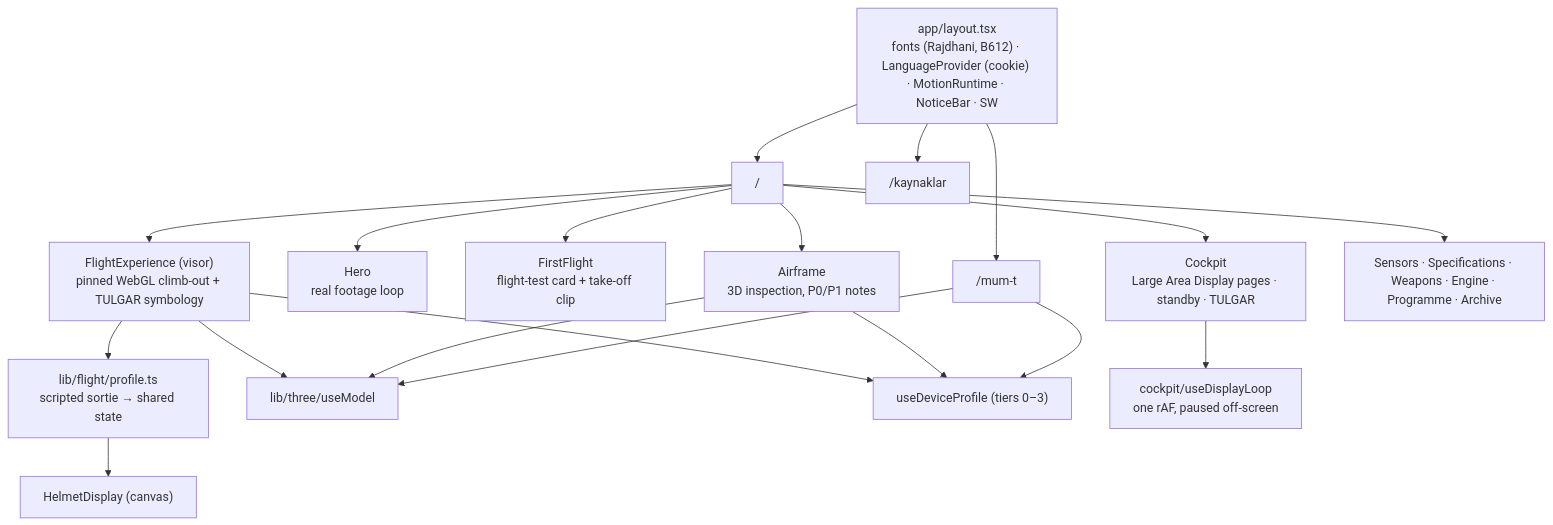
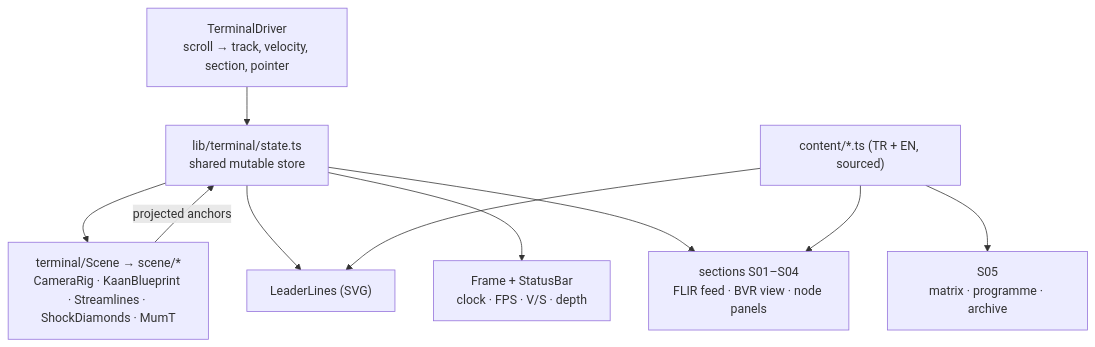
Before and after one commit to SpaceEngineerSS/kaan-3d-web-experience: the diagram in docs/architecture.md, drawn with Mermaid. The commit also changed other lines of this file and 89 other files, not shown here.

First line of the commit message:
feat: v4.0.0 flight-test telemetry terminal

````diff
--- a/docs/architecture.md
+++ b/docs/architecture.md
@@ -5,18 +5,10 @@
 ```mermaid
 flowchart TD
-    L["app/layout.tsx<br/>fonts (Rajdhani, B612) · LanguageProvider (cookie) · MotionRuntime · NoticeBar · SW"]
-    L --> H["/"] & M["/mum-t"] & K["/kaynaklar"]
-
-    H --> HE["Hero<br/>real footage loop"]
-    H --> FF["FirstFlight<br/>flight-test card + take-off clip"]
-    H --> VI["FlightExperience (visor)<br/>pinned WebGL climb-out + TULGAR symbology"]
-    H --> AF["Airframe<br/>3D inspection, P0/P1 notes"]
-    H --> CO["Cockpit<br/>Large Area Display pages · standby · TULGAR"]
-    H --> REST["Sensors · Specifications · Weapons · Engine · Programme · Archive"]
-
-    VI --> FP["lib/flight/profile.ts<br/>scripted sortie → shared state"]
-    FP --> HMD["HelmetDisplay (canvas)"]
-    VI & AF & M --> UM["lib/three/useModel"]
-    VI & AF & M --> DP["useDeviceProfile (tiers 0–3)"]
-    CO --> DL["cockpit/useDisplayLoop<br/>one rAF, paused off-screen"]
+    D["TerminalDriver<br/>scroll → track, velocity, section, pointer"] --> T["lib/terminal/state.ts<br/>shared mutable store"]
+    T --> S["terminal/Scene → scene/*<br/>CameraRig · KaanBlueprint · Streamlines · ShockDiamonds · MumT"]
+    S -->|"projected anchors"| T
+    T --> L["LeaderLines (SVG)"]
+    T --> F["Frame + StatusBar<br/>clock · FPS · V/S · depth"]
+    T --> X["sections S01–S04<br/>FLIR feed · BVR view · node panels"]
+    C["content/*.ts (TR + EN, sourced)"] --> X & L & Y["S05<br/>matrix · programme · archive"]
 ```
````
